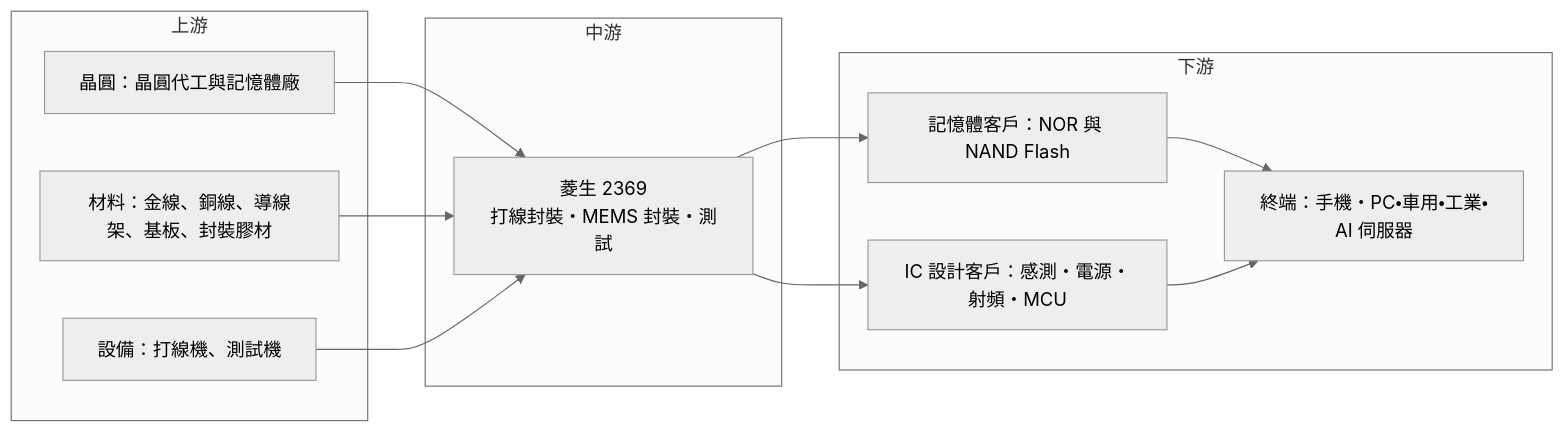
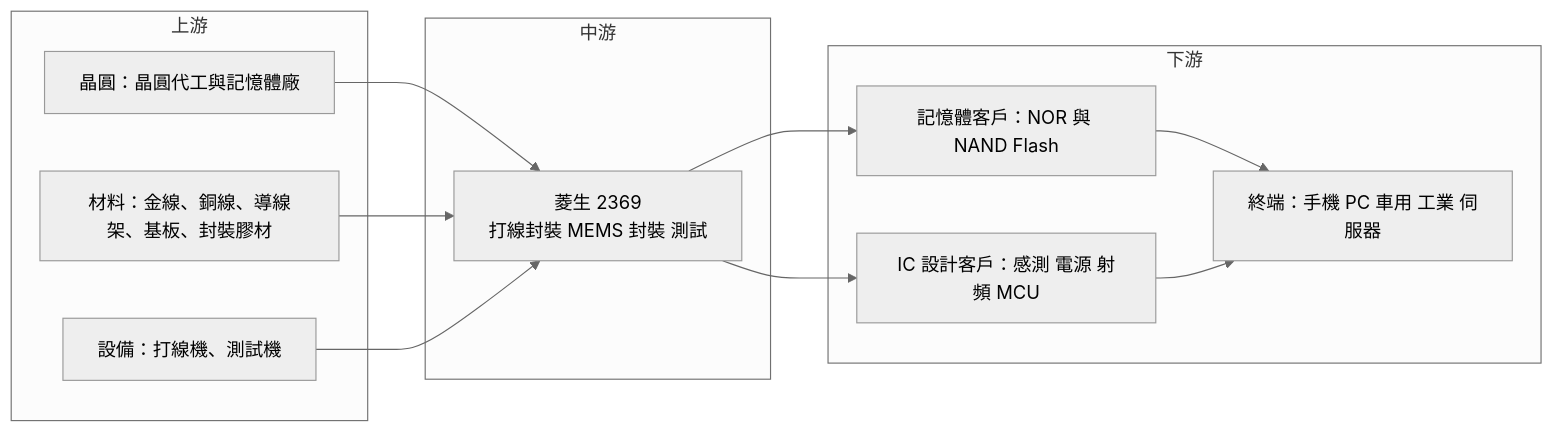
The fourth of 4 diagrams in 個股/台股/2369菱生.md (wangnick1004/taiwan-stock-vault), drawn with Mermaid (neutral theme) before and after one commit. The commit also changed other lines of this file and 19 other files, not shown here.

````diff
--- a/個股/台股/2369菱生.md
+++ b/個股/台股/2369菱生.md
@@ -216,23 +244,23 @@
 ```mermaid
 flowchart LR
     subgraph 上游
         A1[晶圓：晶圓代工與記憶體廠]
         A2[材料：金線、銅線、導線架、基板、封裝膠材]
         A3[設備：打線機、測試機]
     end
     subgraph 中游
-        B[菱生 2369<br/>打線封裝・MEMS 封裝・測試]
+        B["菱生 2369<br/>打線封裝 MEMS 封裝 測試"]
     end
     subgraph 下游
         C1[記憶體客戶：NOR 與 NAND Flash]
-        C2[IC 設計客戶：感測・電源・射頻・MCU]
-        C3[終端：手機・PC・車用・工業・AI 伺服器]
+        C2[IC 設計客戶：感測 電源 射頻 MCU]
+        C3[終端：手機 PC 車用 工業 伺服器]
     end
     A1 --> B
     A2 --> B
     A3 --> B
     B --> C1
     B --> C2
     C1 --> C3
     C2 --> C3
 ```
````
